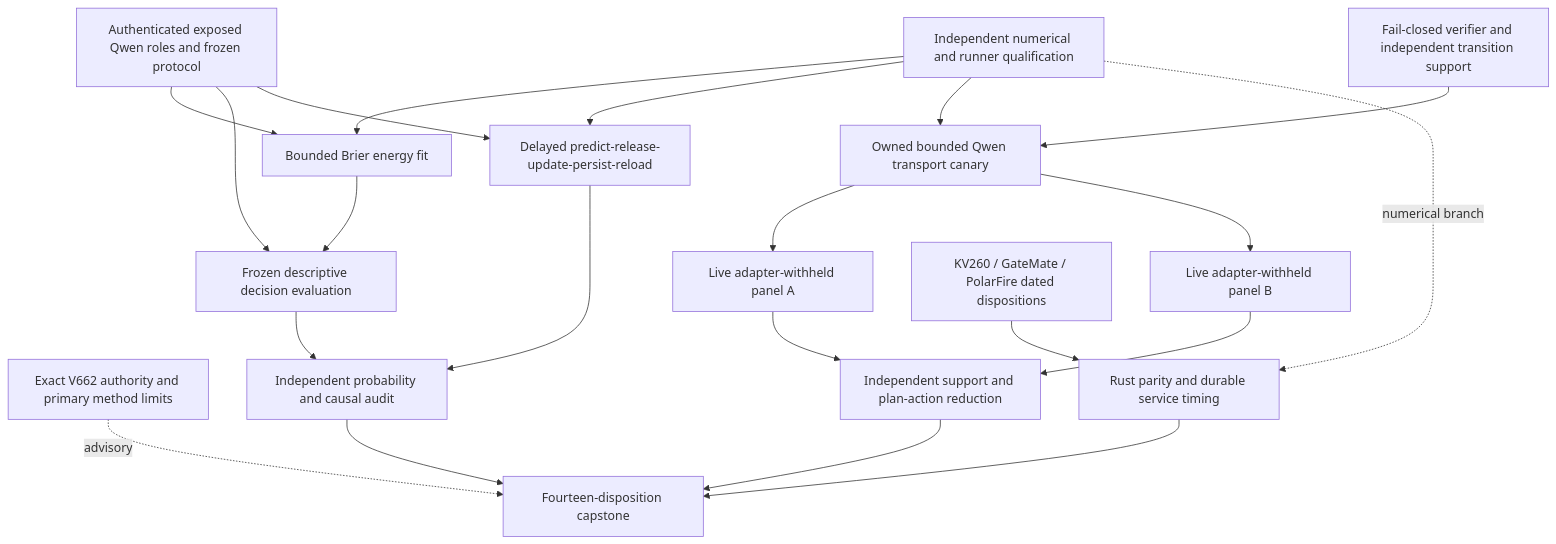
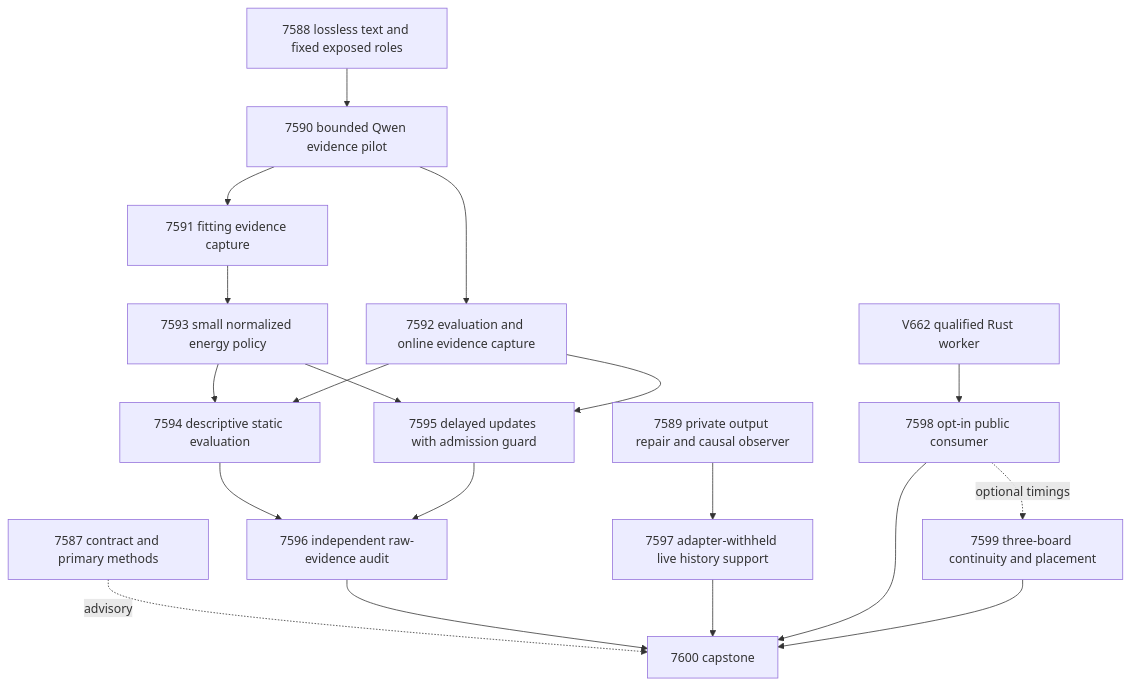
Before and after one commit to Carnot-EBM/carnot-ebm: the diagram in openspec/change-proposals/research-roadmap-vNEXT.md, drawn with Mermaid. The commit also changed other lines of this file and 14 other files, not shown here.

````diff
--- a/openspec/change-proposals/research-roadmap-vNEXT.md
+++ b/openspec/change-proposals/research-roadmap-vNEXT.md
@@ -81,23 +74,21 @@
 ```mermaid
 flowchart TD
-    C[Exact V662 authority and primary method limits] -. advisory .-> Z[Fourteen-disposition capstone]
-    Q[Independent numerical and runner qualification] --> F[Bounded Brier energy fit]
-    D[Authenticated exposed Qwen roles and frozen protocol] --> F
-    F --> V[Frozen descriptive decision evaluation]
-    D --> V
-    Q --> L[Delayed predict-release-update-persist-reload]
-    D --> L
-    V --> A[Independent probability and causal audit]
+    C[7587 contract and primary methods] -. advisory .-> Z[7600 capstone]
+    P[7588 lossless text and fixed exposed roles] --> Q[7590 bounded Qwen evidence pilot]
+    Q --> F[7591 fitting evidence capture]
+    Q --> T[7592 evaluation and online evidence capture]
+    F --> H[7593 small normalized energy policy]
+    H --> E[7594 descriptive static evaluation]
+    T --> E
+    H --> L[7595 delayed updates with admission guard]
+    T --> L
+    E --> A[7596 independent raw-evidence audit]
     L --> A
-    S[Fail-closed verifier and independent transition support] --> N[Owned bounded Qwen transport canary]
-    Q --> N
-    N --> P[Live adapter-withheld panel A]
-    N --> R[Live adapter-withheld panel B]
-    P --> I[Independent support and plan-action reduction]
-    R --> I
-    Q -. numerical branch .-> H[Rust parity and durable service timing]
-    B[KV260 / GateMate / PolarFire dated dispositions] --> H
+    R[7589 private output repair and causal observer] --> G[7597 adapter-withheld live history support]
+    S[V662 qualified Rust worker] --> D[7598 opt-in public consumer]
+    D -. optional timings .-> B[7599 three-board continuity and placement]
     A --> Z
-    I --> Z
-    H --> Z
+    G --> Z
+    D --> Z
+    B --> Z
 ```
````
